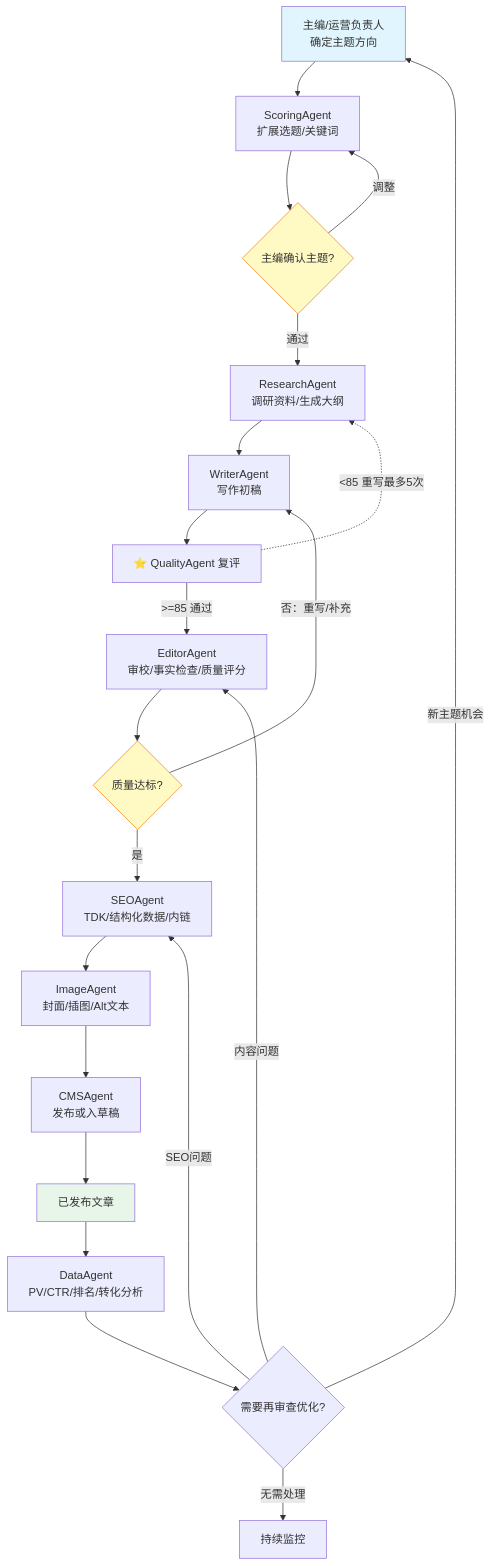
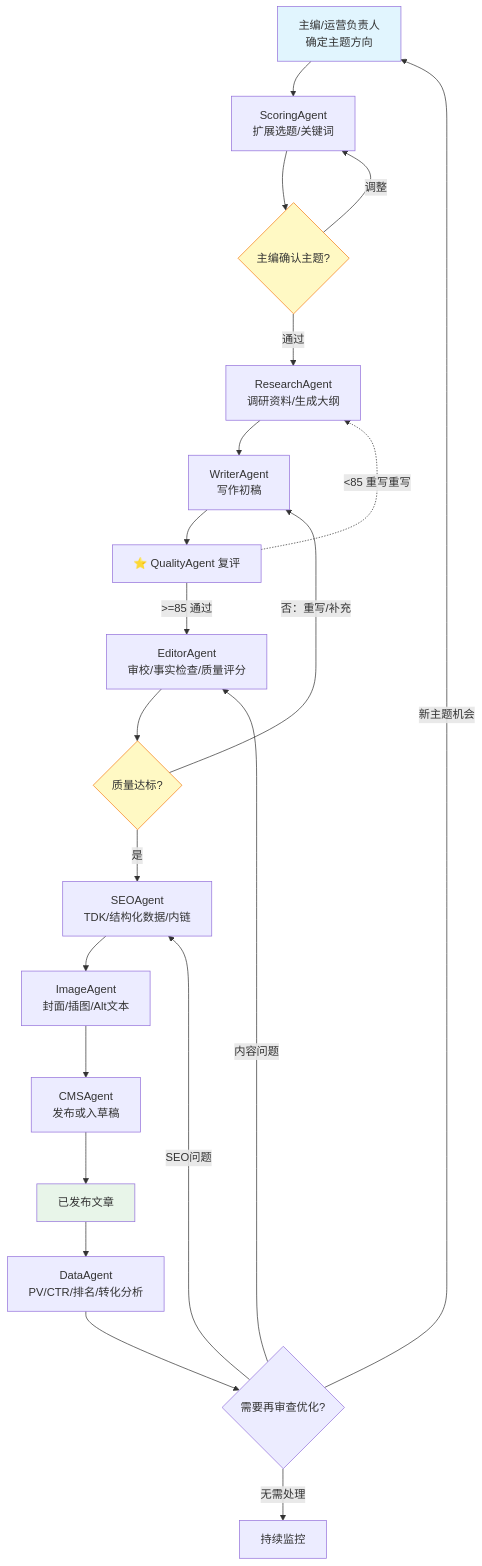
Before and after one commit to flyingsnowzz/Multi-Agent-Automatic-Operation-Website: the second of 7 diagrams in 02-技术实现规范.md, drawn with Mermaid. The commit also changed other lines of this file and 6 other files, not shown here.

````diff
--- a/02-技术实现规范.md
+++ b/02-技术实现规范.md
@@ -111,28 +111,28 @@
 ```mermaid
 flowchart TD
     START["主编/运营负责人<br/>确定主题方向"] --> TOPIC["ScoringAgent<br/>扩展选题/关键词"]
     TOPIC --> APPROVE{"主编确认主题?"}
     APPROVE -->|"调整"| TOPIC
     APPROVE -->|"通过"| RESEARCH["ResearchAgent<br/>调研资料/生成大纲"]
     RESEARCH --> WRITER["WriterAgent<br/>写作初稿"]
     WRITER --> Q_REV["⭐ QualityAgent 复评"]
     Q_REV -->|">=85 通过"| EDITOR["EditorAgent<br/>审校/事实检查/质量评分"]
-    Q_REV -.->|"<85 重写最多5次"| RESEARCH
+    Q_REV -.->|"<85 重写重写"| RESEARCH
     EDITOR --> QUALITY{"质量达标?"}
     QUALITY -->|"否：重写/补充"| WRITER
     QUALITY -->|"是"| SEO["SEOAgent<br/>TDK/结构化数据/内链"]
     SEO --> IMAGE["ImageAgent<br/>封面/插图/Alt文本"]
     IMAGE --> CMS["CMSAgent<br/>发布或入草稿"]
     CMS --> PUBLISHED["已发布文章"]
     PUBLISHED --> DATA["DataAgent<br/>PV/CTR/排名/转化分析"]
     DATA --> RECHECK{"需要再审查优化?"}
     RECHECK -->|"内容问题"| EDITOR
     RECHECK -->|"SEO问题"| SEO
     RECHECK -->|"新主题机会"| START
     RECHECK -->|"无需处理"| MONITOR["持续监控"]
 
     style START fill:#e1f5fe
     style APPROVE fill:#fff9c4,stroke:#f57f17
     style QUALITY fill:#fff9c4,stroke:#f57f17
     style PUBLISHED fill:#e8f5e9
 ```
````
